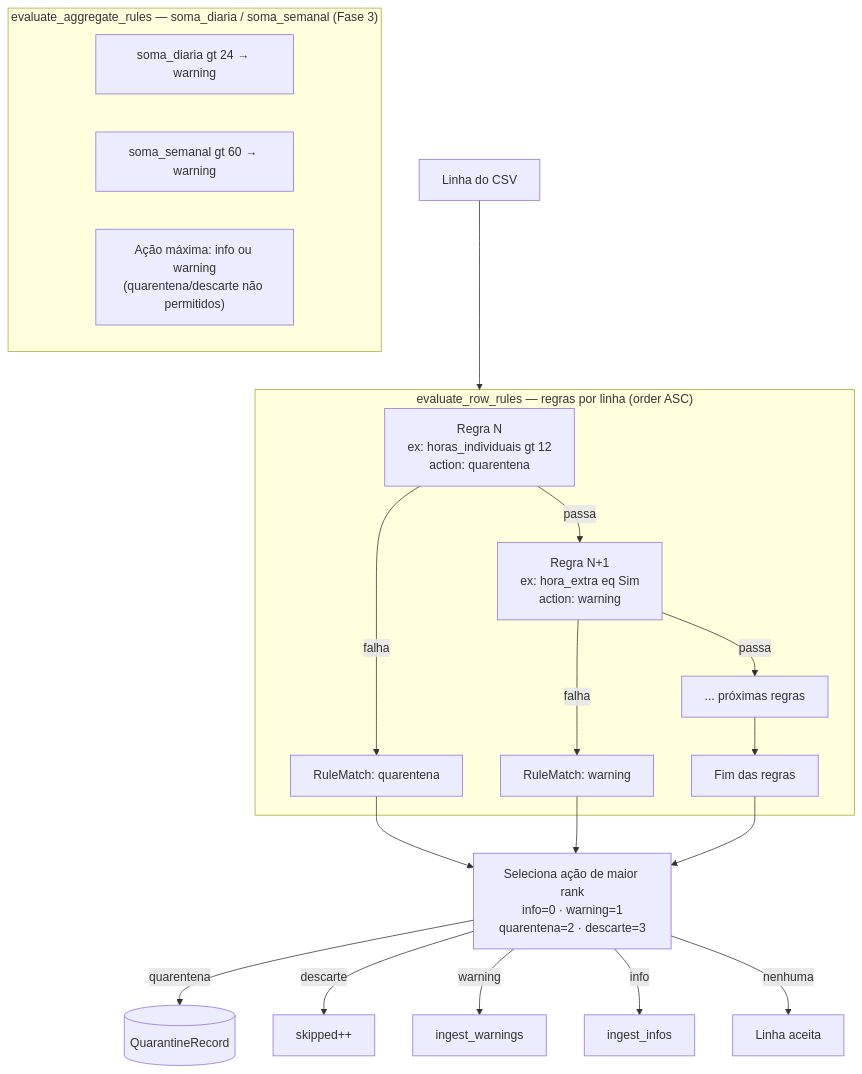
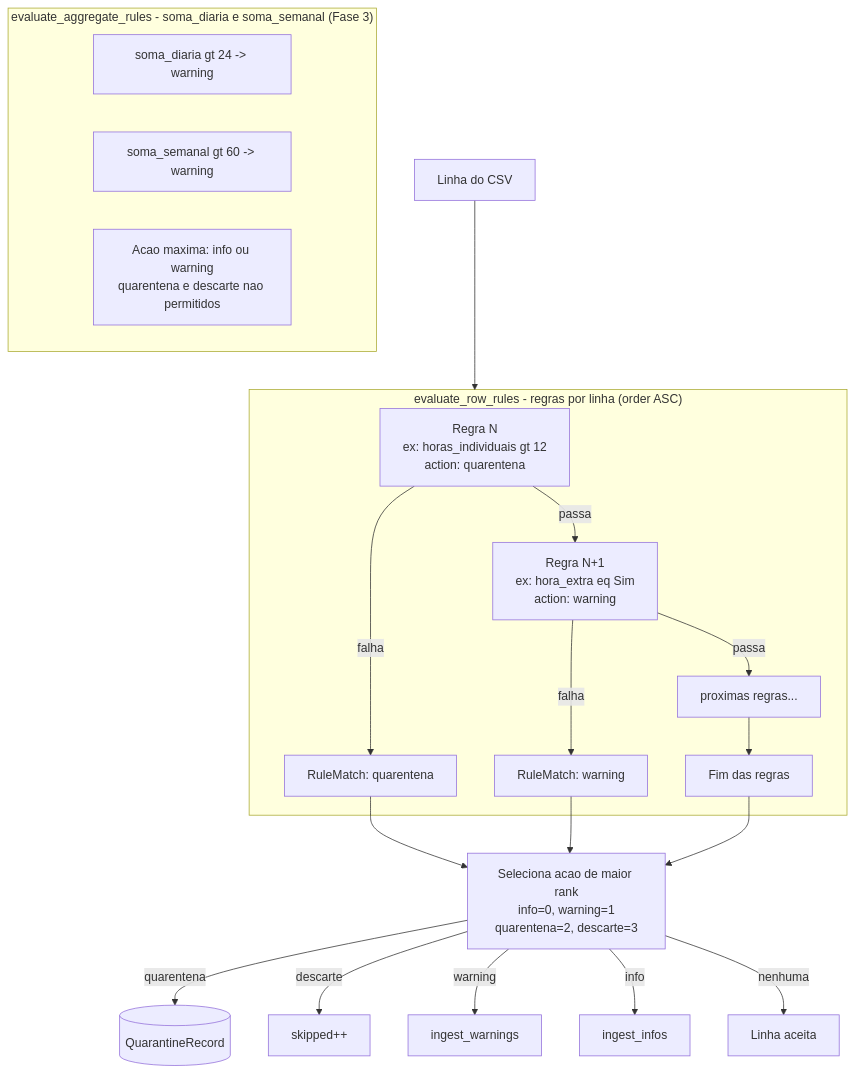
Before and after one commit to RtaSistemas/PMAS: the eighth of 12 diagrams in README.md, drawn with Mermaid. The commit also changed other lines of this file, not shown here.

First line of the commit message:
fix(readme): repair all 12 Mermaid diagrams for GitHub rendering

````diff
--- a/README.md
+++ b/README.md
@@ -737,30 +737,30 @@
 ```mermaid
 flowchart TD
     Row[Linha do CSV] --> EVAL
 
-    subgraph EVAL["evaluate_row_rules — regras por linha (order ASC)"]
+    subgraph EVAL["evaluate_row_rules - regras por linha (order ASC)"]
         R1["Regra N\nex: horas_individuais gt 12\naction: quarentena"]
         R2["Regra N+1\nex: hora_extra eq Sim\naction: warning"]
-        RN["... próximas regras"]
+        RN["proximas regras..."]
         R1 -->|falha| M1[RuleMatch: quarentena]
         R1 -->|passa| R2
         R2 -->|falha| M2[RuleMatch: warning]
         R2 -->|passa| RN
-        RN --> END[Fim das regras]
+        RN --> ENDR[Fim das regras]
     end
 
-    M1 & M2 --> RANK["Seleciona ação de maior rank\ninfo=0 · warning=1\nquarentena=2 · descarte=3"]
-    END --> RANK
+    M1 & M2 --> RANK["Seleciona acao de maior rank\ninfo=0, warning=1\nquarentena=2, descarte=3"]
+    ENDR --> RANK
 
     RANK -->|quarentena| QR[(QuarantineRecord)]
     RANK -->|descarte| SKIP[skipped++]
     RANK -->|warning| WARN[ingest_warnings]
     RANK -->|info| INFO[ingest_infos]
     RANK -->|nenhuma| OK[Linha aceita]
 
-    subgraph AGG["evaluate_aggregate_rules — soma_diaria / soma_semanal (Fase 3)"]
-        AG1["soma_diaria gt 24 → warning"]
-        AG2["soma_semanal gt 60 → warning"]
-        AG3["Ação máxima: info ou warning\n(quarentena/descarte não permitidos)"]
+    subgraph AGG["evaluate_aggregate_rules - soma_diaria e soma_semanal (Fase 3)"]
+        AG1["soma_diaria gt 24 -> warning"]
+        AG2["soma_semanal gt 60 -> warning"]
+        AG3["Acao maxima: info ou warning\nquarentena e descarte nao permitidos"]
     end
 ```
````
